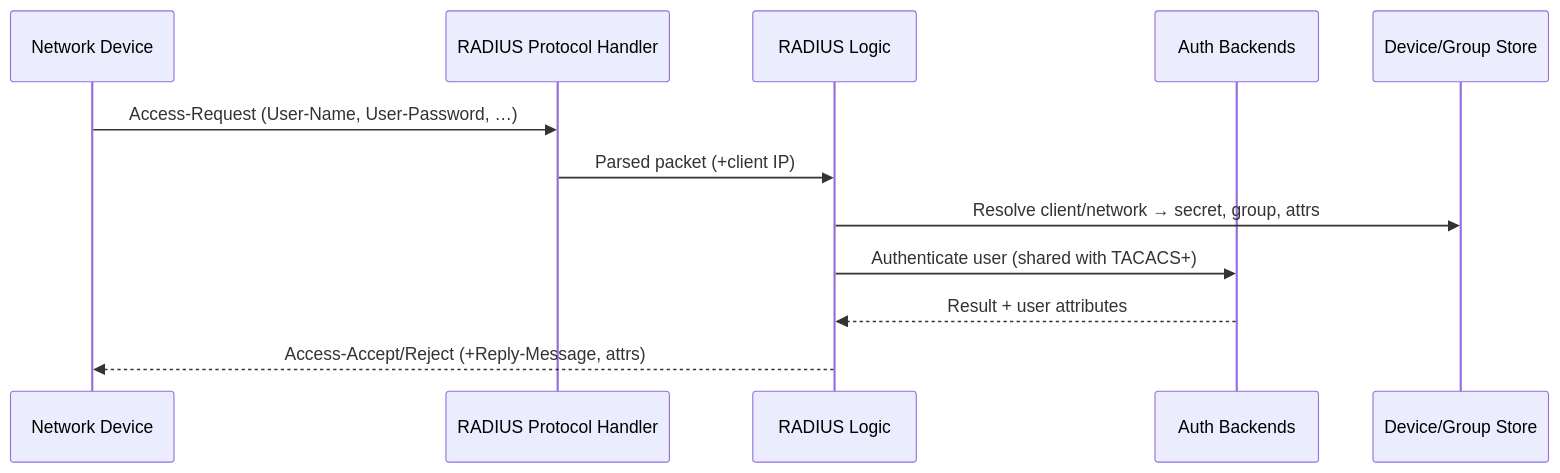
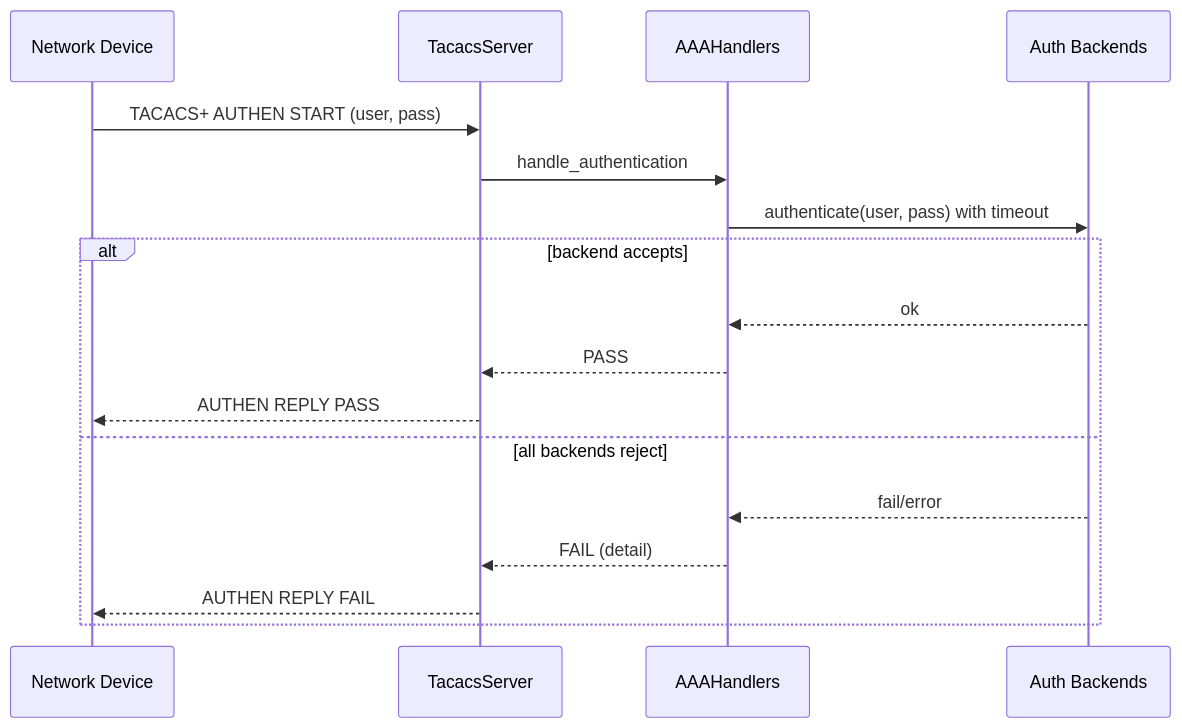
The second of 3 diagrams in docs/ARCHITECTURE.md (SaschaSchwarzK/tacacs_server), drawn with Mermaid before and after one commit. The commit also changed other lines of this file and 20 other files, not shown here.

````diff
--- a/docs/ARCHITECTURE.md
+++ b/docs/ARCHITECTURE.md
@@ -81,15 +28,20 @@
 ```mermaid
 sequenceDiagram
-    participant Dev as Network Device
-    participant RPH as RADIUS Protocol Handler
-    participant RAAA as RADIUS Logic
-    participant BE as Auth Backends
-    participant DS as Device/Group Store
+  participant Dev as Network Device
+  participant TS as TacacsServer
+  participant AH as AAAHandlers
+  participant BE as Auth Backends
 
-    Dev->>RPH: Access-Request (User-Name, User-Password, …)
-    RPH->>RAAA: Parsed packet (+client IP)
-    RAAA->>DS: Resolve client/network → secret, group, attrs
-    RAAA->>BE: Authenticate user (shared with TACACS+)
-    BE-->>RAAA: Result + user attributes
-    RAAA-->>Dev: Access‑Accept/Reject (+Reply‑Message, attrs)
+  Dev->>TS: TACACS+ AUTHEN START (user, pass)
+  TS->>AH: handle_authentication
+  AH->>BE: authenticate(user, pass) with timeout
+  alt backend accepts
+    BE-->>AH: ok
+    AH-->>TS: PASS
+    TS-->>Dev: AUTHEN REPLY PASS
+  else all backends reject
+    BE-->>AH: fail/error
+    AH-->>TS: FAIL (detail)
+    TS-->>Dev: AUTHEN REPLY FAIL
+  end
 ```
````
